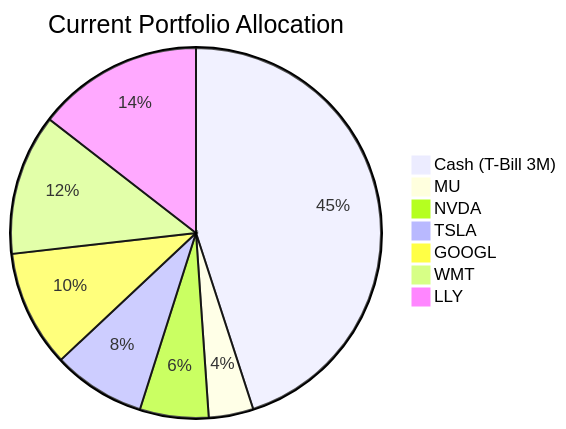
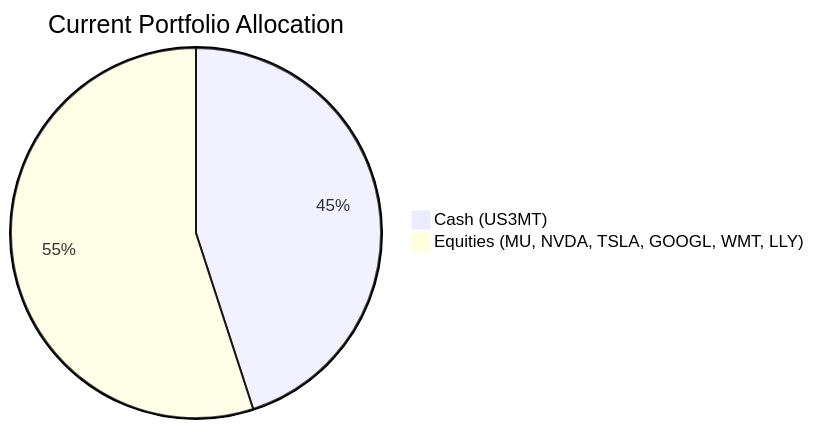
The first of 2 diagrams in docs/sample outputs/client_product_fit_analysis_8.md (roger249/Bot-collaboration), drawn with Mermaid before and after one commit. The commit also changed other lines of this file and 16 other files, not shown here.

````diff
--- a/docs/sample outputs/client_product_fit_analysis_8.md
+++ b/docs/sample outputs/client_product_fit_analysis_8.md
@@ -60,10 +35,5 @@
 ```mermaid
 pie title Current Portfolio Allocation
-    "Cash (T-Bill 3M)" : 45.0
-    "MU" : 3.9
-    "NVDA" : 6.0
-    "TSLA" : 8.1
-    "GOOGL" : 10.2
-    "WMT" : 12.3
-    "LLY" : 14.5
+    "Cash (US3MT)" : 45
+    "Equities (MU, NVDA, TSLA, GOOGL, WMT, LLY)" : 55
 ```
````
